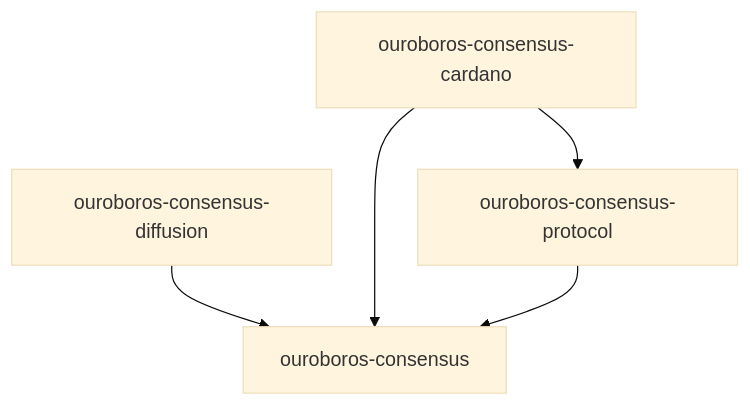
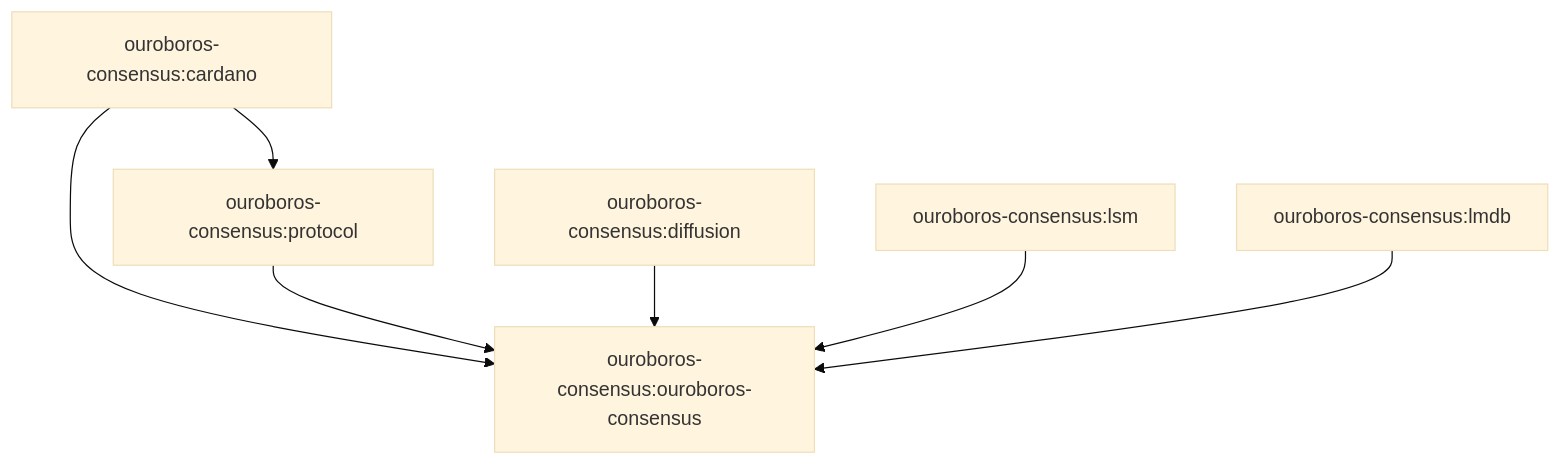
One commit to IntersectMBO/ouroboros-consensus changed the diagram in README.md. Above: the diagram before and after it, drawn with Mermaid (base theme). The commit also changed other lines of this file and 33 other files, not shown here.

````diff
--- a/README.md
+++ b/README.md
@@ -20,7 +14,9 @@
 ``` mermaid
 flowchart TD
-    D[ouroboros-consensus-diffusion] --> C
-    A[ouroboros-consensus-cardano] --> B[ouroboros-consensus-protocol]
+    A[ouroboros-consensus:cardano] --> B[ouroboros-consensus:protocol]
     A --> C
-    B --> C[ouroboros-consensus]
+    B --> C[ouroboros-consensus:ouroboros-consensus]
+    D[ouroboros-consensus:diffusion] --> C
+    E[ouroboros-consensus:lsm] --> C
+    F[ouroboros-consensus:lmdb] --> C
 ```
````
